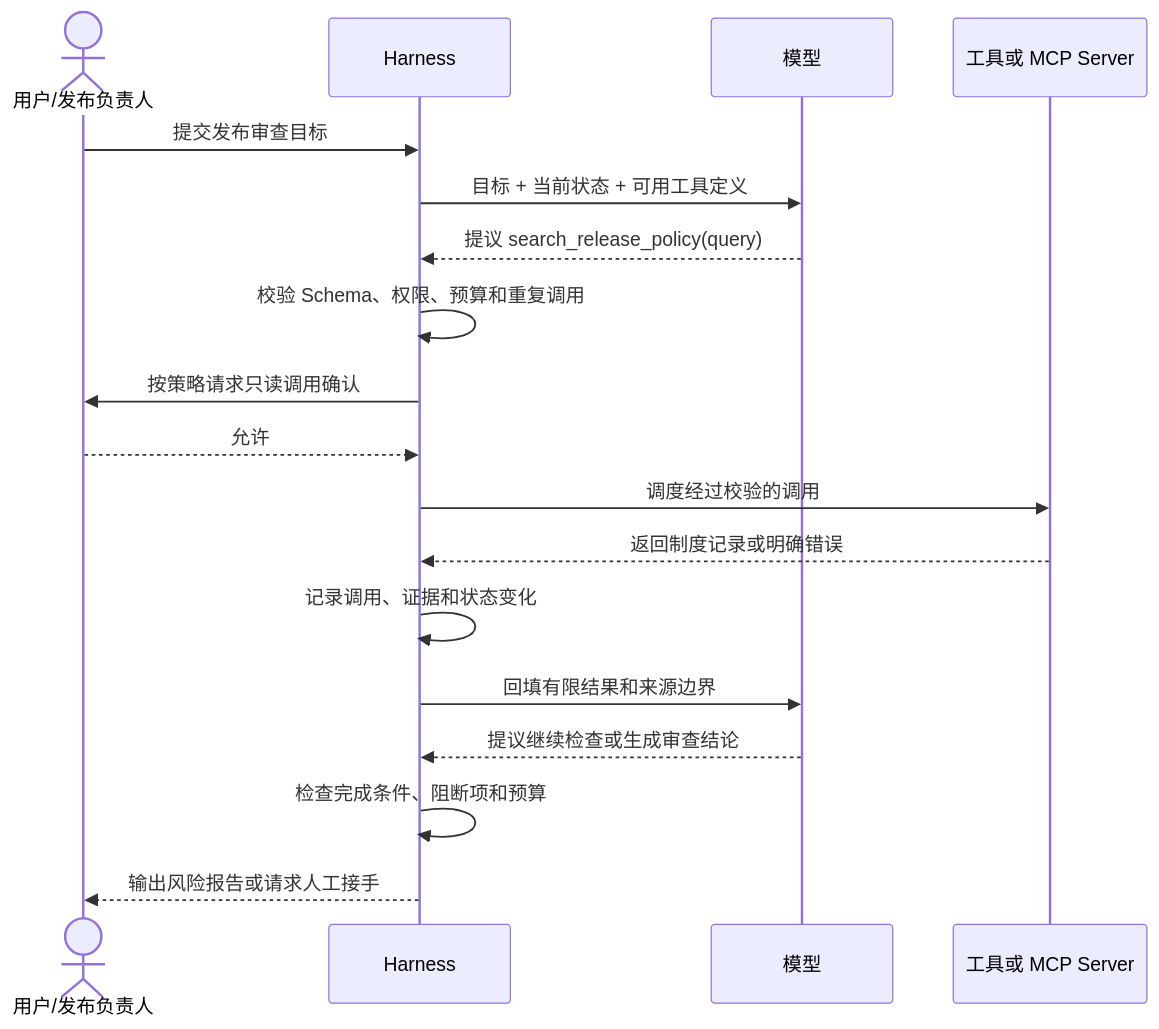
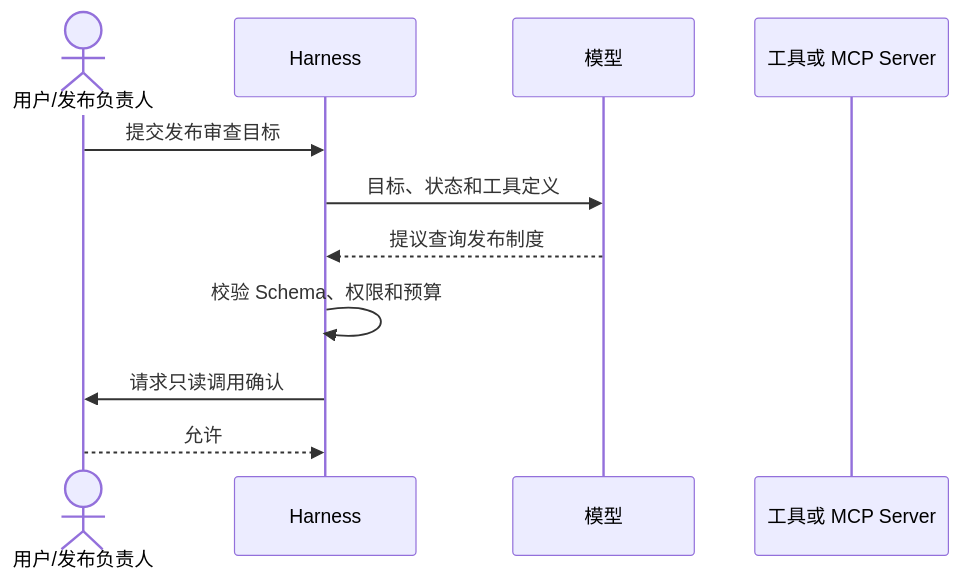
Before and after one commit to FoLaJJ/agent-systems-notes: the third of 9 diagrams in docs/05-agent-loop-workflows.md, drawn with Mermaid. The commit also changed other lines of this file and 11 other files, not shown here.

Commit message:
Improve Mermaid diagram readability

````diff
--- a/docs/05-agent-loop-workflows.md
+++ b/docs/05-agent-loop-workflows.md
@@ -98,21 +98,14 @@
 ```mermaid
 sequenceDiagram
     actor U as 用户/发布负责人
     participant H as Harness
     participant L as 模型
     participant T as 工具或 MCP Server
 
     U->>H: 提交发布审查目标
-    H->>L: 目标 + 当前状态 + 可用工具定义
-    L-->>H: 提议 search_release_policy(query)
-    H->>H: 校验 Schema、权限、预算和重复调用
-    H->>U: 按策略请求只读调用确认
+    H->>L: 目标、状态和工具定义
+    L-->>H: 提议查询发布制度
+    H->>H: 校验 Schema、权限和预算
+    H->>U: 请求只读调用确认
     U-->>H: 允许
-    H->>T: 调度经过校验的调用
-    T-->>H: 返回制度记录或明确错误
-    H->>H: 记录调用、证据和状态变化
-    H->>L: 回填有限结果和来源边界
-    L-->>H: 提议继续检查或生成审查结论
-    H->>H: 检查完成条件、阻断项和预算
-    H-->>U: 输出风险报告或请求人工接手
 ```
````
